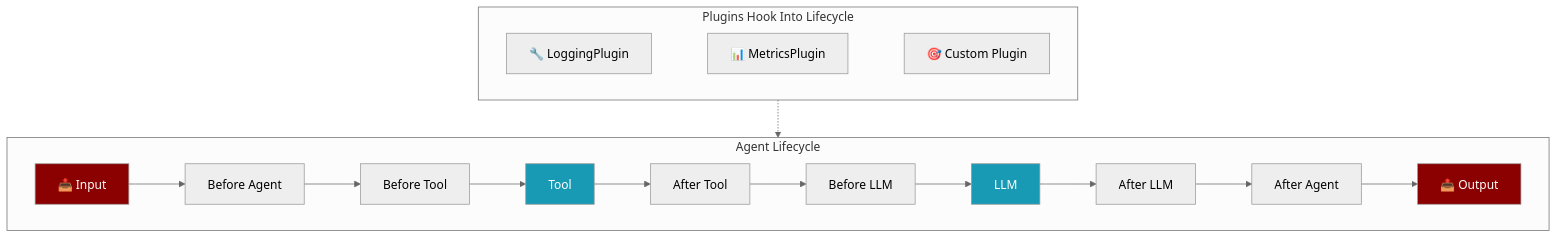
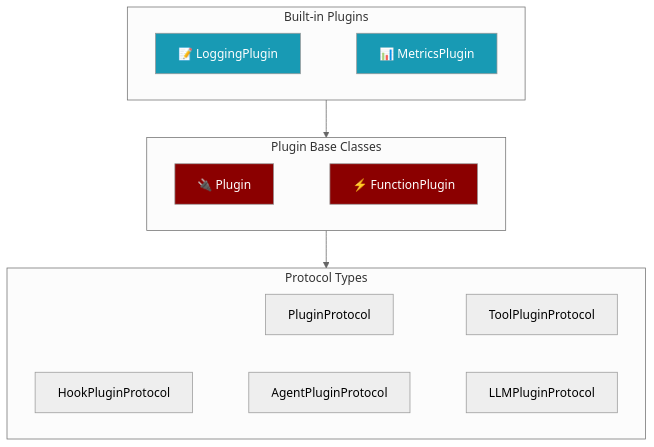
The first of 4 diagrams in docs/features/plugins.mdx (MervinPraison/PraisonAIDocs), drawn with Mermaid (neutral theme) before and after one commit. The commit also changed other lines of this file, not shown here.

Commit message:
docs: add agent-centric plugin examples with Agent, FunctionPlugin tabs

````diff
--- a/docs/features/plugins.mdx
+++ b/docs/features/plugins.mdx
@@ -9,20 +9,26 @@
 ```mermaid
 flowchart TB
-    subgraph lifecycle["Agent Lifecycle"]
+    subgraph builtin["Built-in Plugins"]
         direction LR
-        A[📥 Input] --> B[Before Agent] --> C[Before Tool] --> D[Tool] --> E[After Tool]
-        E --> F[Before LLM] --> G[LLM] --> H[After LLM] --> I[After Agent] --> J[📤 Output]
+        L[📝 LoggingPlugin] ~~~ M[📊 MetricsPlugin]
     end
     
-    subgraph plugins["Plugins Hook Into Lifecycle"]
+    subgraph base["Plugin Base Classes"]
         direction LR
-        P1[🔧 LoggingPlugin] ~~~ P2[📊 MetricsPlugin] ~~~ P3[🎯 Custom Plugin]
+        P[🔌 Plugin] ~~~ F[⚡ FunctionPlugin]
     end
     
-    plugins -.-> lifecycle
+    subgraph protocols["Protocol Types"]
+        direction LR
+        PP[PluginProtocol] ~~~ TP[ToolPluginProtocol]
+        HP[HookPluginProtocol] ~~~ AP[AgentPluginProtocol] ~~~ LP[LLMPluginProtocol]
+    end
     
-    style A fill:#8B0000,color:#fff
-    style J fill:#8B0000,color:#fff
-    style D fill:#189AB4,color:#fff
-    style G fill:#189AB4,color:#fff
+    builtin --> base
+    base --> protocols
+    
+    style L fill:#189AB4,color:#fff
+    style M fill:#189AB4,color:#fff
+    style P fill:#8B0000,color:#fff
+    style F fill:#8B0000,color:#fff
 ```
````
